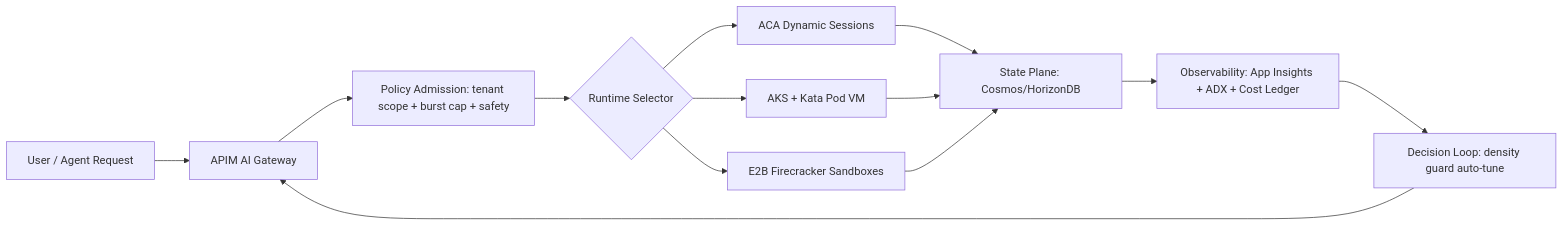
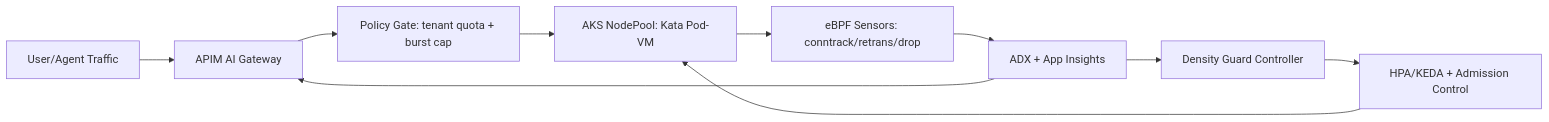
One commit to turbo998/ai-infra-lab changed the diagram in workshops/azure-agent-infra/agent-aks-sandbox-pod-density-guard-auto-cycle-2444-selection-faq-r1039.en.md. Above: the diagram before and after it, drawn with Mermaid. The commit also changed other lines of this file and 36 other files, not shown here.

````diff
--- a/workshops/azure-agent-infra/agent-aks-sandbox-pod-density-guard-auto-cycle-2444-selection-faq-r1039.en.md
+++ b/workshops/azure-agent-infra/agent-aks-sandbox-pod-density-guard-auto-cycle-2444-selection-faq-r1039.en.md
@@ -42,15 +59,12 @@
 ```mermaid
 flowchart LR
-    U[User / Agent Request] --> G[APIM AI Gateway]
-    G --> P[Policy Admission: tenant scope + burst cap + safety]
-    P --> R{Runtime Selector}
-    R --> A[ACA Dynamic Sessions]
-    R --> K[AKS + Kata Pod VM]
-    R --> E[E2B Firecracker Sandboxes]
-    A --> S[State Plane: Cosmos/HorizonDB]
-    K --> S
-    E --> S
-    S --> O[Observability: App Insights + ADX + Cost Ledger]
-    O --> D[Decision Loop: density guard auto-tune]
-    D --> G
+    U[User/Agent Traffic] --> G[APIM AI Gateway]
+    G --> P[Policy Gate: tenant quota + burst cap]
+    P --> K[AKS NodePool: Kata Pod-VM]
+    K --> B[eBPF Sensors: conntrack/retrans/drop]
+    B --> X[ADX + App Insights]
+    X --> D[Density Guard Controller]
+    D --> A[HPA/KEDA + Admission Control]
+    A --> K
+    X --> G
 ```
````
